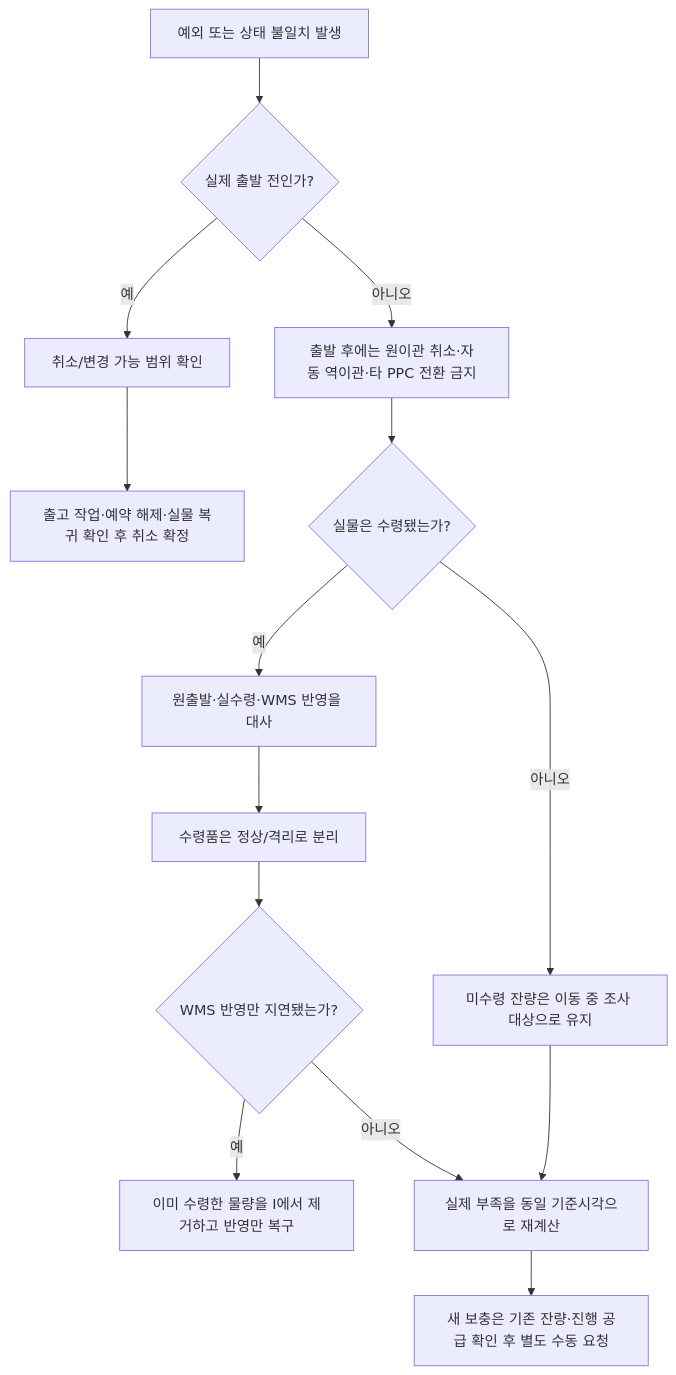
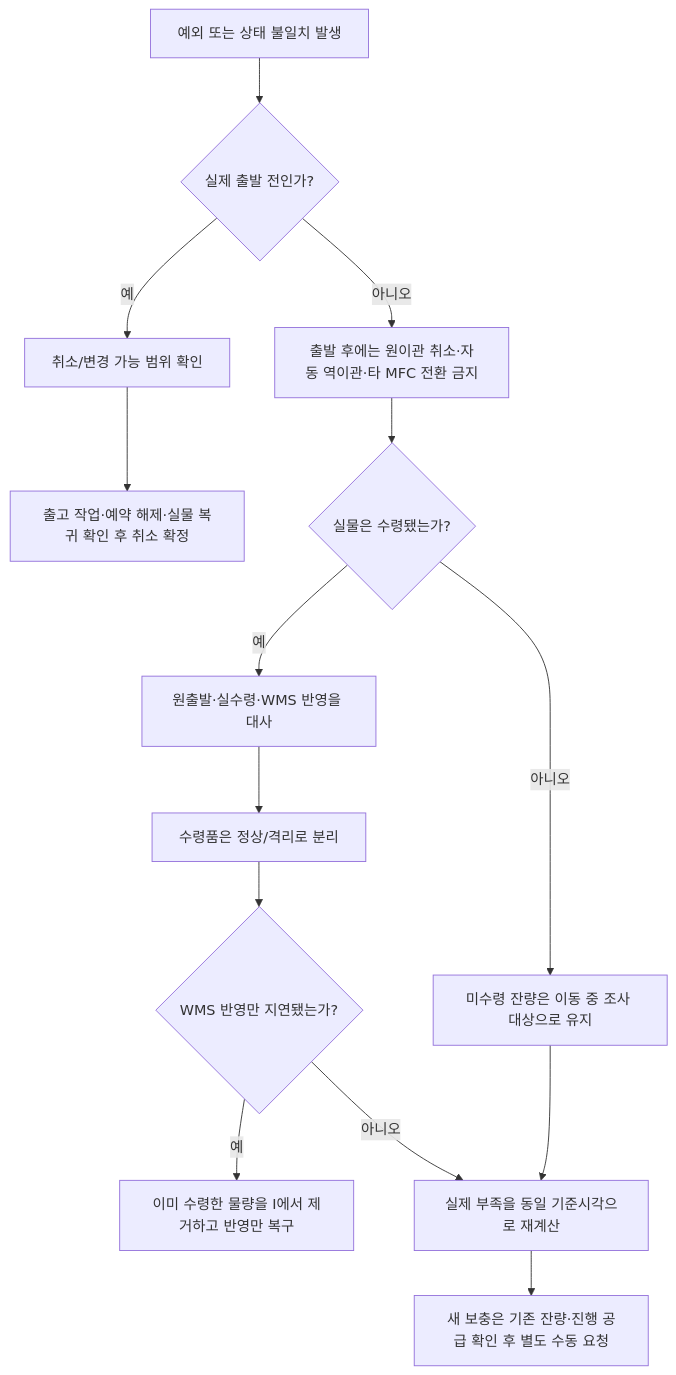
One commit to hsoh-collab/bmart-analysis changed the sixth of 6 diagrams in 03. v1-Logistics/TMS-SCM/TMS-business-logic-diagrams.md. Above: the diagram before and after it, drawn with Mermaid. The commit also changed other lines of this file and 3 other files, not shown here.

````diff
--- a/03. v1-Logistics/TMS-SCM/TMS-business-logic-diagrams.md
+++ b/03. v1-Logistics/TMS-SCM/TMS-business-logic-diagrams.md
@@ -173,24 +173,24 @@
 ```mermaid
 flowchart TD
     A[예외 또는 상태 불일치 발생]
     B{실제 출발 전인가?}
     C[취소/변경 가능 범위 확인]
     D[출고 작업·예약 해제·실물 복귀 확인 후 취소 확정]
-    E[출발 후에는 원이관 취소·자동 역이관·타 PPC 전환 금지]
+    E[출발 후에는 원이관 취소·자동 역이관·타 MFC 전환 금지]
     F{실물은 수령됐는가?}
     G[원출발·실수령·WMS 반영을 대사]
     H[미수령 잔량은 이동 중 조사 대상으로 유지]
     I[수령품은 정상/격리로 분리]
     J{WMS 반영만 지연됐는가?}
     K[이미 수령한 물량을 I에서 제거하고 반영만 복구]
     L[실제 부족을 동일 기준시각으로 재계산]
     M[새 보충은 기존 잔량·진행 공급 확인 후 별도 수동 요청]
     A --> B
     B -- 예 --> C --> D
     B -- 아니오 --> E --> F
     F -- 예 --> G --> I --> J
     F -- 아니오 --> H --> L
     J -- 예 --> K
     J -- 아니오 --> L
     L --> M
 ```
````
